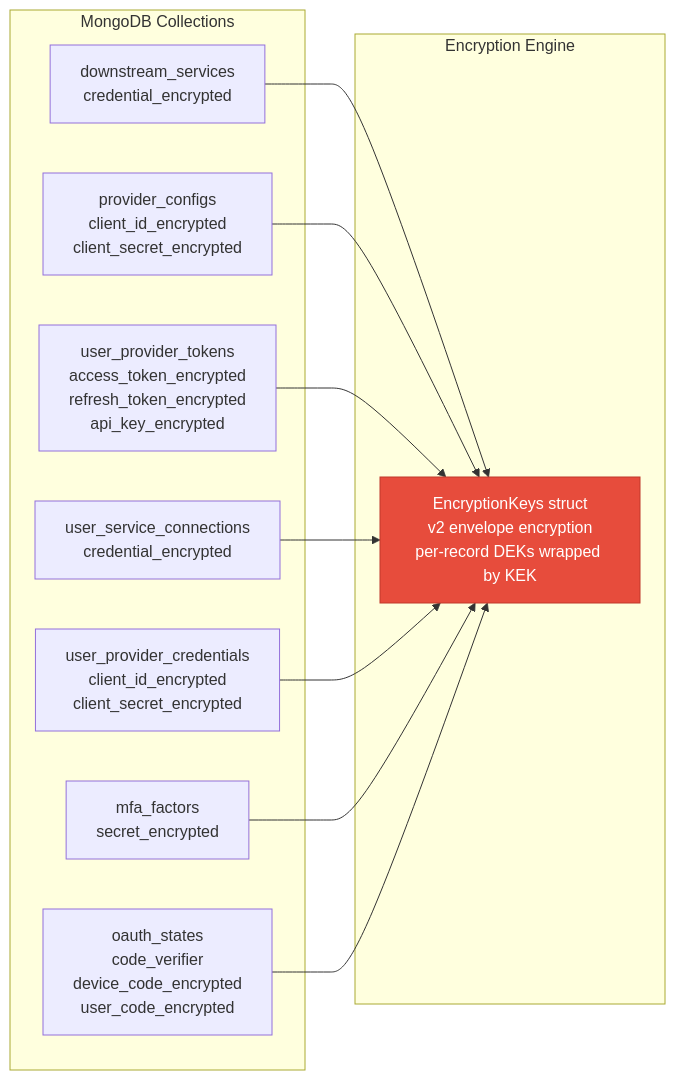
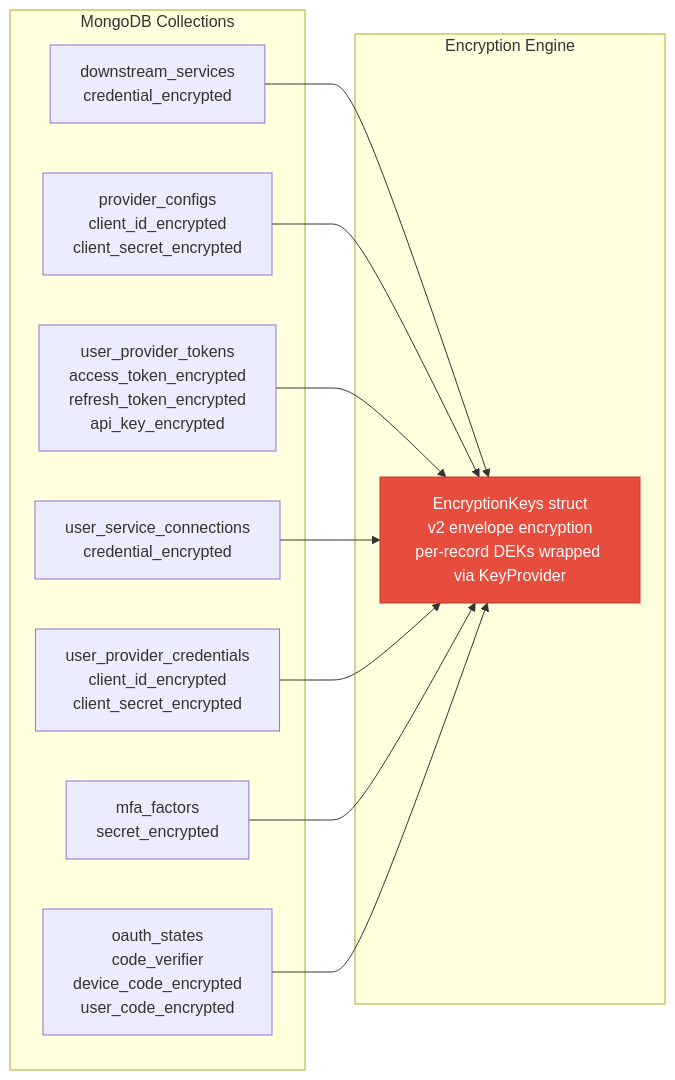
Before and after one commit to ChronoAIProject/NyxID: the third of 30 diagrams in docs/ENCRYPTION_ARCHITECTURE.md, drawn with Mermaid. The commit also changed other lines of this file and 11 other files, not shown here.

First line of the commit message:
feat: add KeyProvider trait for pluggable encryption backends (Phase 3)

````diff
--- a/docs/ENCRYPTION_ARCHITECTURE.md
+++ b/docs/ENCRYPTION_ARCHITECTURE.md
@@ -130,26 +134,26 @@
 ```mermaid
 graph LR
     subgraph MongoDB Collections
         DS["downstream_services<br/>credential_encrypted"]
         PC["provider_configs<br/>client_id_encrypted<br/>client_secret_encrypted"]
         UPT["user_provider_tokens<br/>access_token_encrypted<br/>refresh_token_encrypted<br/>api_key_encrypted"]
         USC["user_service_connections<br/>credential_encrypted"]
         UPC["user_provider_credentials<br/>client_id_encrypted<br/>client_secret_encrypted"]
         MF["mfa_factors<br/>secret_encrypted"]
         OS["oauth_states<br/>code_verifier<br/>device_code_encrypted<br/>user_code_encrypted"]
     end
 
     subgraph Encryption Engine
-        EK["EncryptionKeys struct<br/>v2 envelope encryption<br/>per-record DEKs wrapped by KEK"]
+        EK["EncryptionKeys struct<br/>v2 envelope encryption<br/>per-record DEKs wrapped via KeyProvider"]
     end
 
     DS --> EK
     PC --> EK
     UPT --> EK
     USC --> EK
     UPC --> EK
     MF --> EK
     OS --> EK
 
     style EK fill:#e74c3c,color:#fff,stroke:#c0392b
 ```
````
